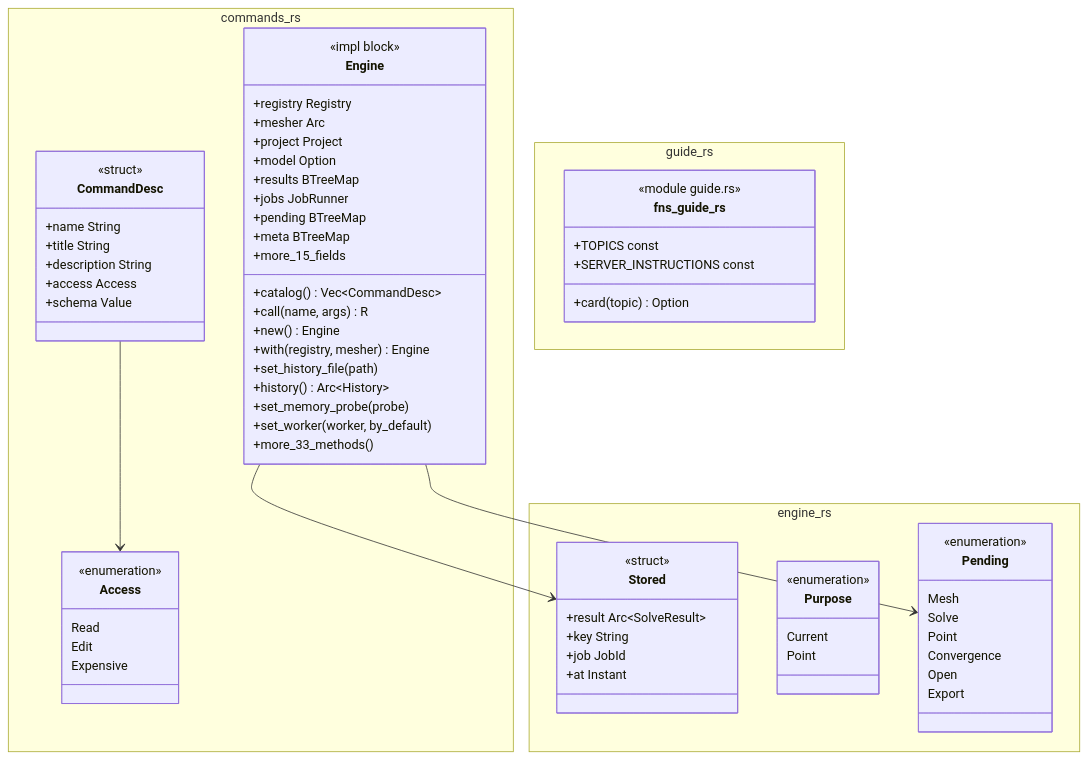
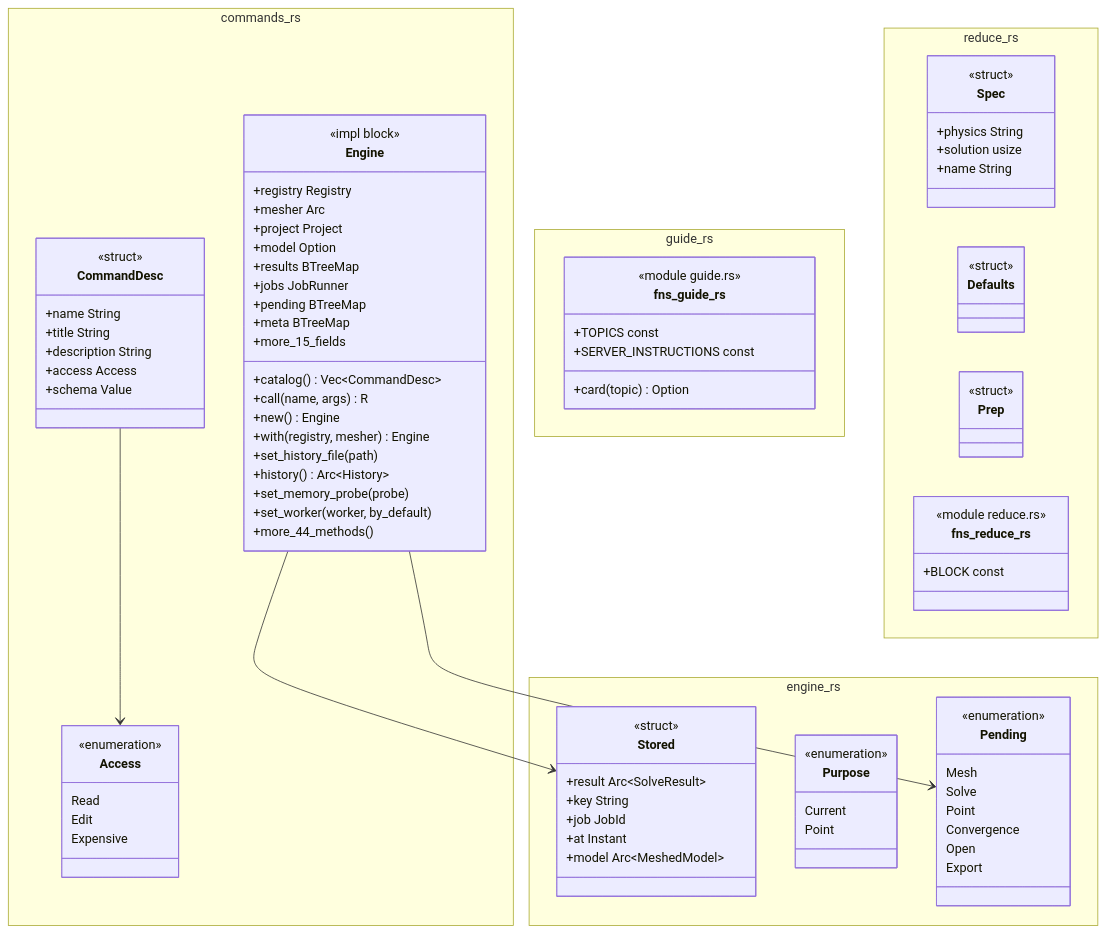
The diagram in docs/architecture/c4/4-code/engine/commands.md (p-j-r/nyx), drawn with Mermaid before and after one commit. The commit also changed other lines of this file and 61 other files, not shown here.

```diff
--- a/docs/architecture/c4/4-code/engine/commands.md
+++ b/docs/architecture/c4/4-code/engine/commands.md
@@ -88,7 +89,7 @@
         +history() Arc~History~
         +set_memory_probe(probe)
         +set_worker(worker, by_default)
-        +more_33_methods()
+        +more_44_methods()
     }
   }
   namespace engine_rs {
@@ -98,6 +99,7 @@
         +key String
         +job JobId
         +at Instant
+        +model Arc~MeshedModel~
     }
     class Purpose {
         <<enumeration>>
@@ -122,6 +124,24 @@
         +SERVER_INSTRUCTIONS const
     }
   }
+  namespace reduce_rs {
+    class Spec {
+        <<struct>>
+        +physics String
+        +solution usize
+        +name String
+    }
+    class Defaults {
+        <<struct>>
+    }
+    class Prep {
+        <<struct>>
+    }
+    class fns_reduce_rs {
+        <<module reduce.rs>>
+        +BLOCK const
+    }
+  }
   CommandDesc --> Access
   Engine --> Stored
   Engine --> Pending
```
